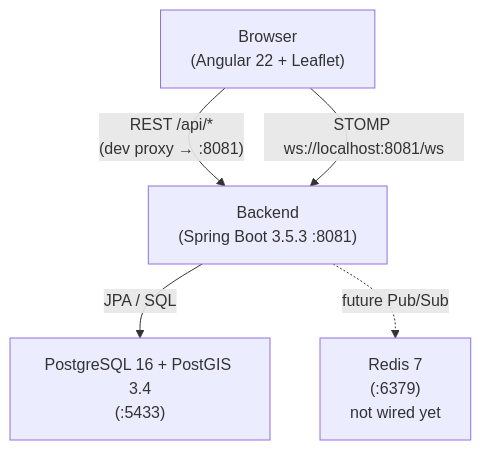
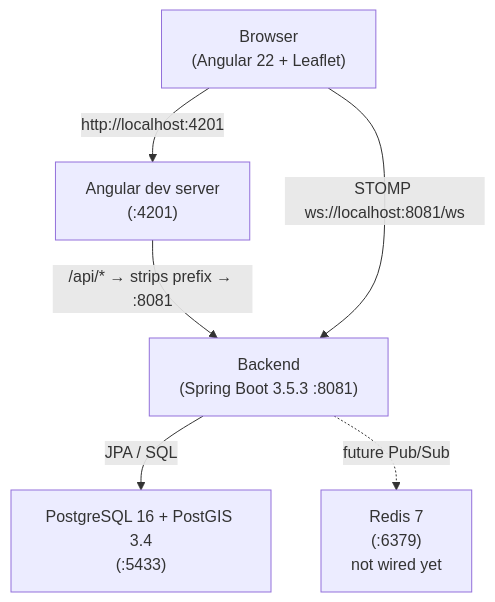
One commit to ShirobokovValentin/snapland-gis changed the first of 2 diagrams in README.md. Above: the diagram before and after it, drawn with Mermaid. The commit also changed other lines of this file and 12 other files, not shown here.

````diff
--- a/README.md
+++ b/README.md
@@ -77,12 +82,14 @@
 ```mermaid
 graph TD
     Browser["Browser\n(Angular 22 + Leaflet)"]
+    AngularDev["Angular dev server\n(:4201)"]
     Backend["Backend\n(Spring Boot 3.5.3  :8081)"]
     PG["PostgreSQL 16 + PostGIS 3.4\n(:5433)"]
     Redis["Redis 7\n(:6379)\nnot wired yet"]
 
-    Browser -->|"REST /api/*\n(dev proxy → :8081)"| Backend
+    Browser -->|"http://localhost:4201"| AngularDev
+    AngularDev -->|"/api/* → strips prefix → :8081"| Backend
     Browser -->|"STOMP ws://localhost:8081/ws"| Backend
     Backend -->|"JPA / SQL"| PG
     Backend -.->|"future Pub/Sub"| Redis
 ```
````
